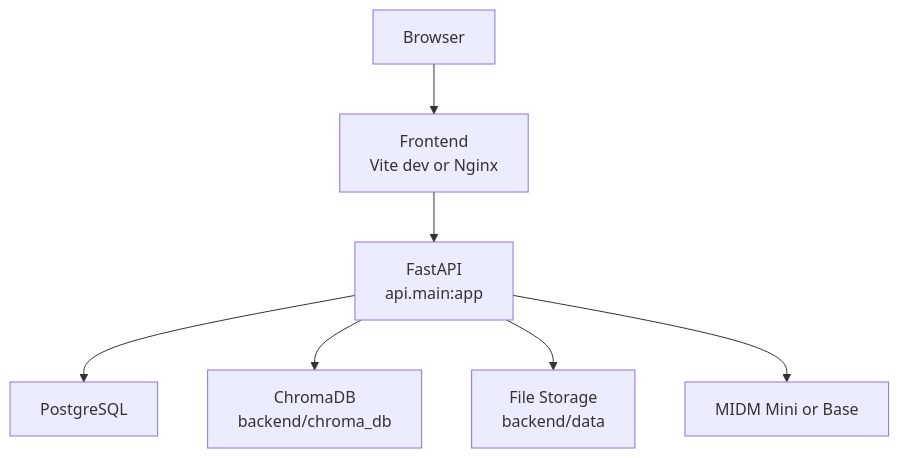
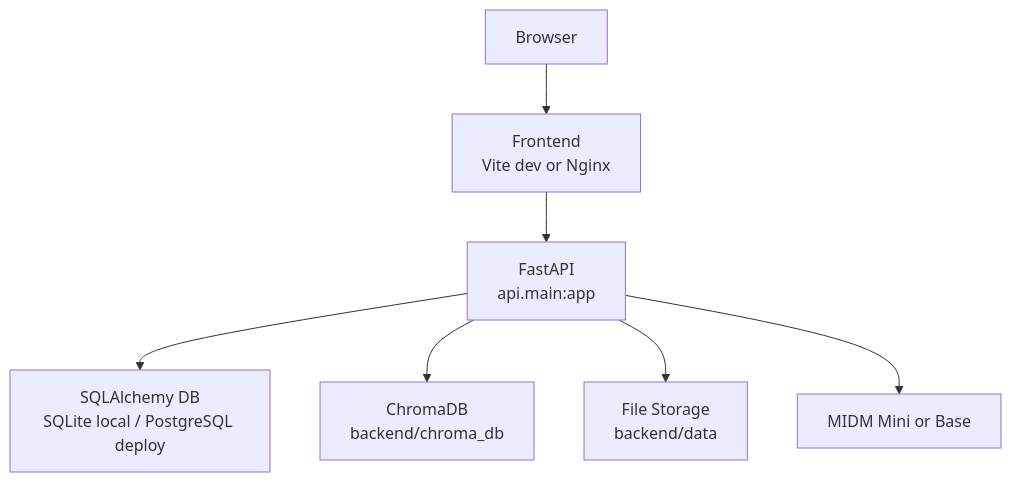
Before and after one commit to LxNx-Hn/M_RAG: the first of 2 diagrams in docs/DEPLOY.md, drawn with Mermaid. The commit also changed other lines of this file and 33 other files, not shown here.

````diff
--- a/docs/DEPLOY.md
+++ b/docs/DEPLOY.md
@@ -8,9 +8,9 @@
 ```mermaid
 flowchart TD
     B["Browser"] --> FE["Frontend<br/>Vite dev or Nginx"]
     FE --> API["FastAPI<br/>api.main:app"]
-    API --> DB["PostgreSQL"]
+    API --> DB["SQLAlchemy DB<br/>SQLite local / PostgreSQL deploy"]
     API --> VS["ChromaDB<br/>backend/chroma_db"]
     API --> FS["File Storage<br/>backend/data"]
     API --> LLM["MIDM Mini or Base"]
 ```
````
